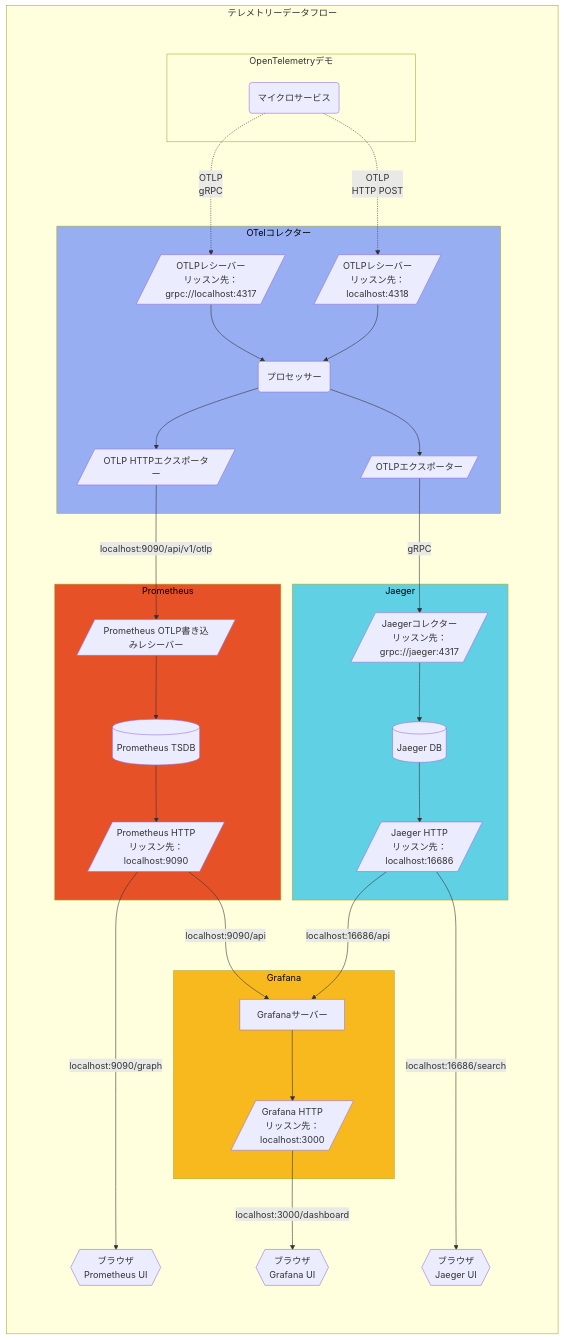
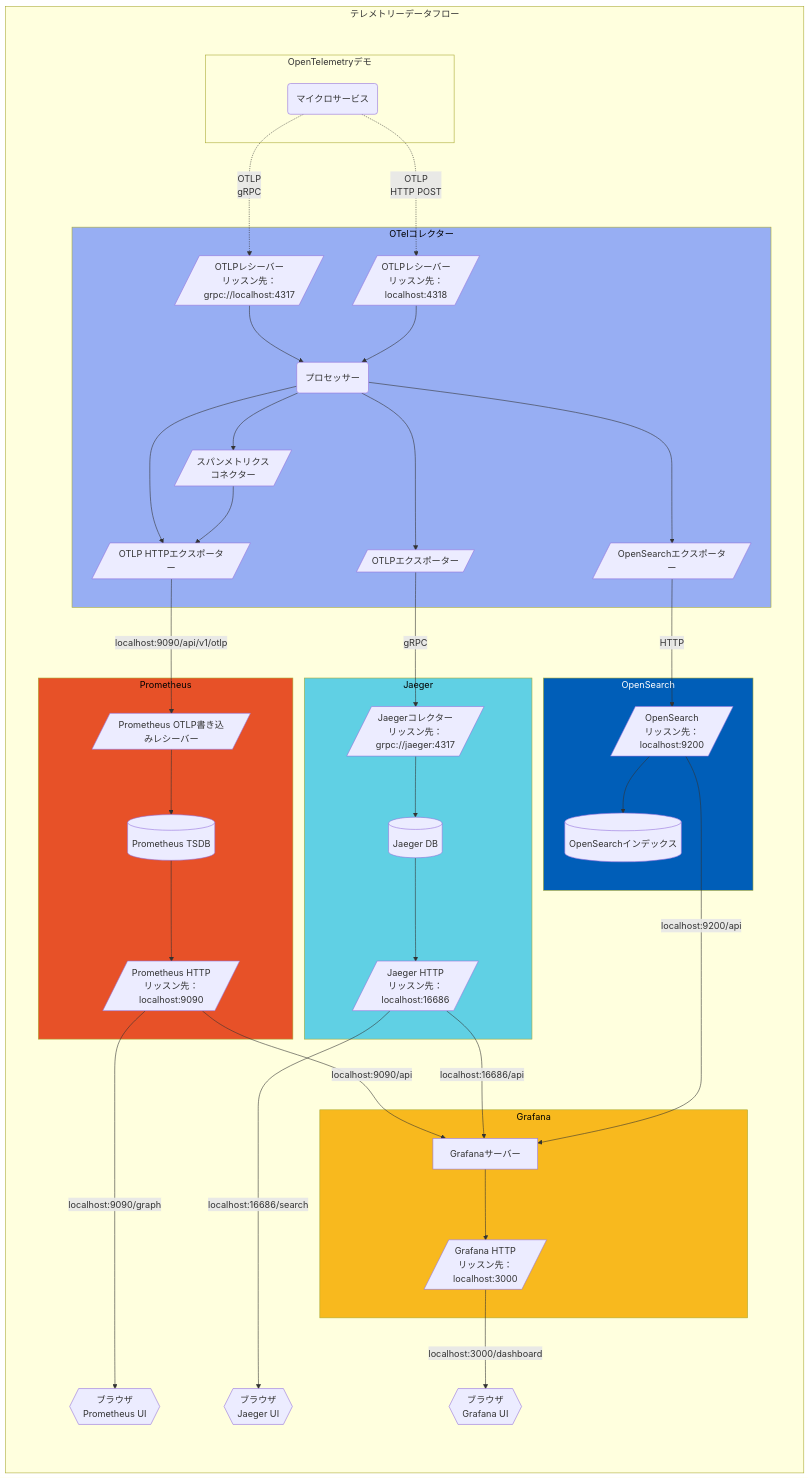
The third of 3 diagrams in content/ja/docs/demo/architecture.md (open-telemetry/opentelemetry.io), drawn with Mermaid before and after one commit. The commit also changed other lines of this file and 3 other files, not shown here.

Commit message:
update otel demo architecture

```diff
--- a/content/ja/docs/demo/architecture.md
+++ b/content/ja/docs/demo/architecture.md
@@ -142,18 +142,24 @@
            oc-grpc[/"OTLPレシーバー<br/>リッスン先：<br/>grpc://localhost:4317"/]
            oc-http[/"OTLPレシーバー<br/>リッスン先：<br/>localhost:4318<br/>"/]
            oc-proc(プロセッサー)
+           oc-spanmetrics[/"スパンメトリクス<br/>コネクター"/]
            oc-prom[/"OTLP HTTPエクスポーター"/]
            oc-otlp[/"OTLPエクスポーター"/]
+           oc-opensearch[/"OpenSearchエクスポーター"/]
 
            oc-grpc --> oc-proc
            oc-http --> oc-proc
 
            oc-proc --> oc-prom
            oc-proc --> oc-otlp
+           oc-proc --> oc-opensearch
+           oc-proc --> oc-spanmetrics
+           oc-spanmetrics --> oc-prom
        end
 
        oc-prom -->|"localhost:9090/api/v1/otlp"| pr-sc
        oc-otlp -->|gRPC| ja-col
+       oc-opensearch -->|HTTP| os-http
 
        subgraph pr[Prometheus]
            style pr fill:#e75128,color:black;
@@ -178,6 +184,14 @@
            ja-db --> ja-http
        end
 
+       subgraph os[OpenSearch]
+           style os fill:#005eb8,color:white;
+           os-http[/"OpenSearch<br/>リッスン先：<br/>localhost:9200"/]
+           os-db[(OpenSearchインデックス)]
+           
+           os-http --> os-db
+       end
+
        subgraph gr[Grafana]
            style gr fill:#f8b91e,color:black;
            gr-srv["Grafanaサーバー"]
@@ -188,6 +202,7 @@
 
        pr-http --> |"localhost:9090/api"| gr-srv
        ja-http --> |"localhost:16686/api"| gr-srv
+       os-http --> |"localhost:9200/api"| gr-srv
 
        ja-b{{"ブラウザ<br/>Jaeger UI"}}
        ja-http ---->|"localhost:16686/search"| ja-b
```
